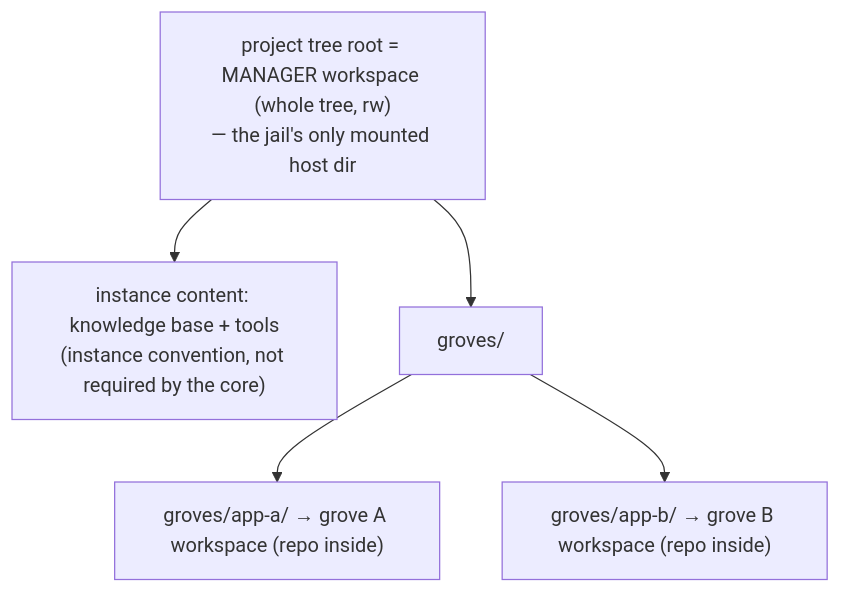
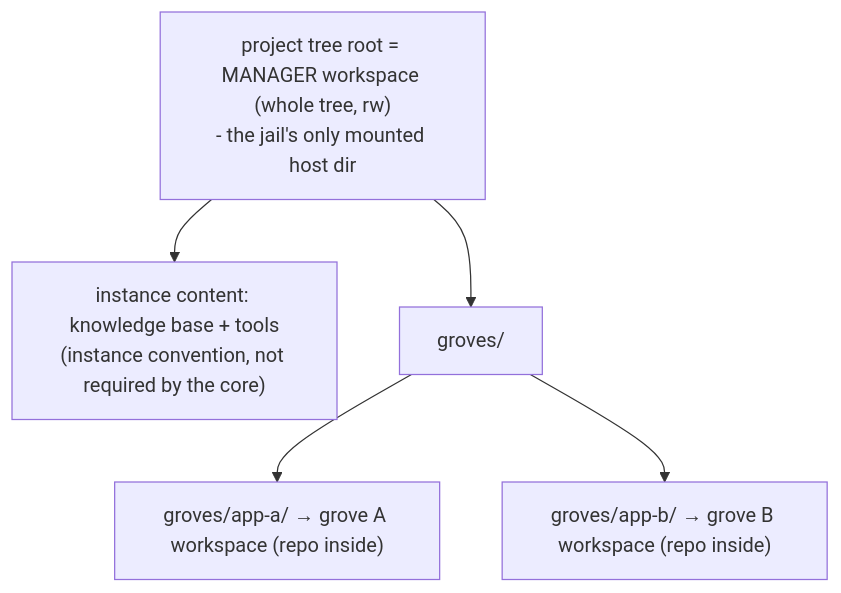
One commit to stevegeek/lever changed the second of 3 diagrams in docs-site/_guides/architecture.md. Above: the diagram before and after it, drawn with Mermaid. The commit also changed other lines of this file and 16 other files, not shown here.

````diff
--- a/docs-site/_guides/architecture.md
+++ b/docs-site/_guides/architecture.md
@@ -68,8 +71,8 @@
 ```mermaid
 graph TD
-    root["project tree root = MANAGER workspace (whole tree, rw)<br/>— the jail's only mounted host dir"]
+    root["project tree root = MANAGER workspace (whole tree, rw)<br/>- the jail's only mounted host dir"]
     root --> kb["instance content: knowledge base + tools<br/>(instance convention, not required by the core)"]
     root --> groves["groves/"]
     groves --> a["groves/app-a/ → grove A workspace (repo inside)"]
     groves --> b["groves/app-b/ → grove B workspace (repo inside)"]
 ```
````
